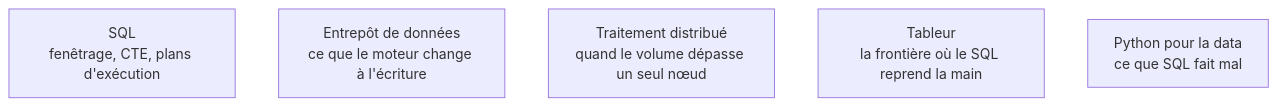
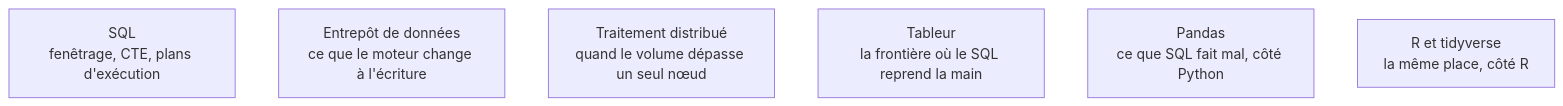
Before and after one commit to floSa/Atlas-Metiers-Roadmaps: the diagram in content/parcours/bi-analyst/socle-de-donnees/sql-de-production.md, drawn with Mermaid. The commit also changed other lines of this file, not shown here.

Commit message:
BI Analyst : aligner les appels Python et R sur le registre des notions

````diff
--- a/content/parcours/bi-analyst/socle-de-donnees/sql-de-production.md
+++ b/content/parcours/bi-analyst/socle-de-donnees/sql-de-production.md
@@ -7,14 +7,16 @@
 ```mermaid
 flowchart TD
   SQ["SQL<br/>fenêtrage, CTE, plans d'exécution"]
   EN["Entrepôt de données<br/>ce que le moteur change à l'écriture"]
   TD["Traitement distribué<br/>quand le volume dépasse un seul nœud"]
   TB["Tableur<br/>la frontière où le SQL reprend la main"]
-  PY["Python pour la data<br/>ce que SQL fait mal"]
+  PD["Pandas<br/>ce que SQL fait mal, côté Python"]
+  RT["R et tidyverse<br/>la même place, côté R"]
 
   click SQ "/notions/sql"
   click EN "/notions/entrepot-de-donnees"
   click TD "/notions/traitement-distribue"
   click TB "/notions/tableur"
-  click PY "/notions/python-pour-la-data"
+  click PD "/notions/pandas"
+  click RT "/notions/r-et-tidyverse"
 ```
````
